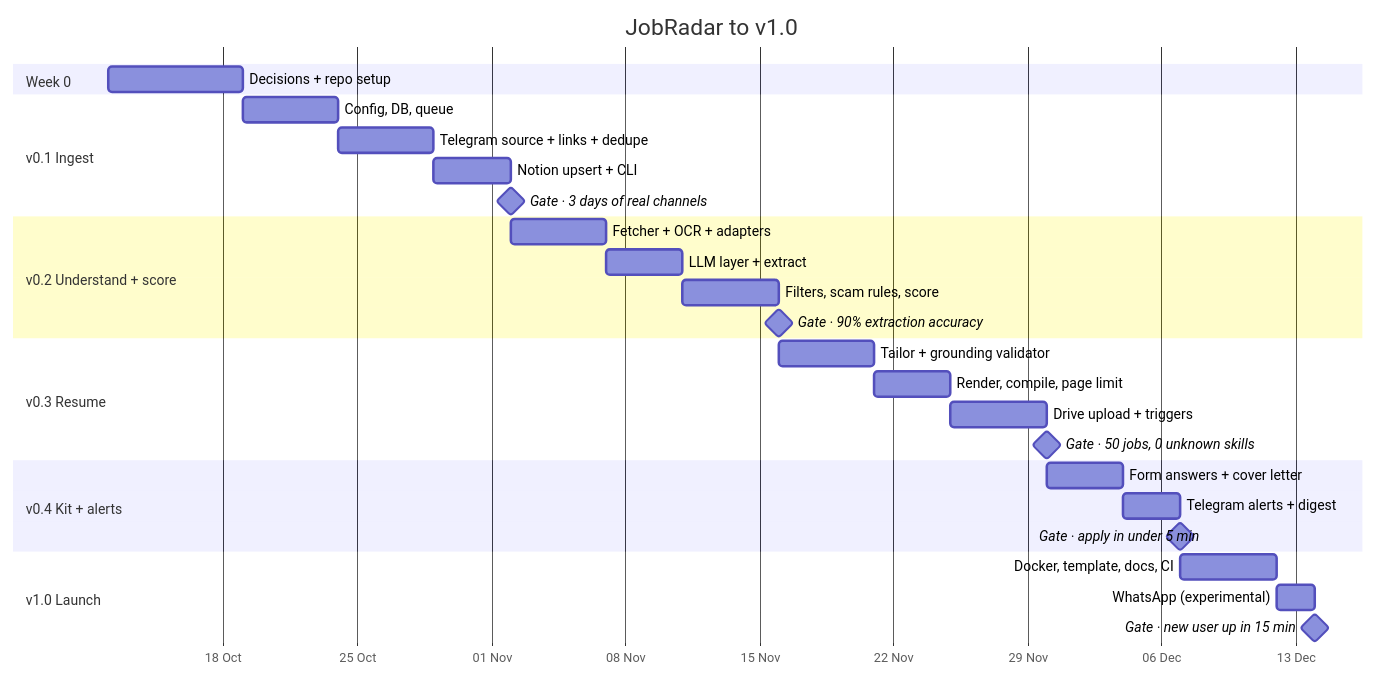
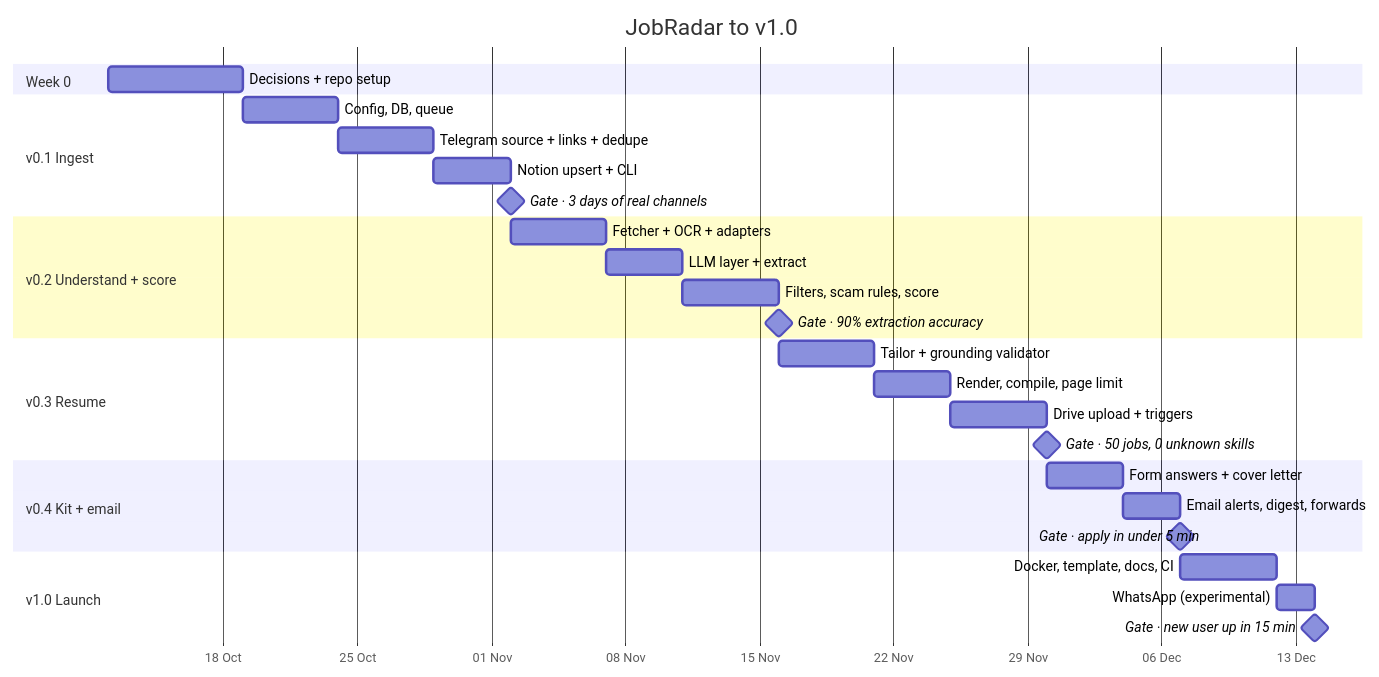
One commit to ThePlator/JobRadar changed the first of 2 diagrams in PLAN.md. Above: the diagram before and after it, drawn with Mermaid. The commit also changed other lines of this file and 13 other files, not shown here.

````diff
--- a/PLAN.md
+++ b/PLAN.md
@@ -9,37 +9,37 @@
 ```mermaid
 gantt
     title JobRadar to v1.0
     dateFormat YYYY-MM-DD
     axisFormat %d %b
 
     section Week 0
     Decisions + repo setup           :w0, 2026-10-12, 7d
 
     section v0.1 Ingest
     Config, DB, queue                :a1, after w0, 5d
     Telegram source + links + dedupe :a2, after a1, 5d
     Notion upsert + CLI              :a3, after a2, 4d
     Gate · 3 days of real channels    :milestone, g1, after a3, 0d
 
     section v0.2 Understand + score
     Fetcher + OCR + adapters         :b1, after a3, 5d
     LLM layer + extract              :b2, after b1, 4d
     Filters, scam rules, score       :b3, after b2, 5d
     Gate · 90% extraction accuracy    :milestone, g2, after b3, 0d
 
     section v0.3 Resume
     Tailor + grounding validator     :c1, after b3, 5d
     Render, compile, page limit      :c2, after c1, 4d
     Drive upload + triggers          :c3, after c2, 5d
     Gate · 50 jobs, 0 unknown skills  :milestone, g3, after c3, 0d
 
-    section v0.4 Kit + alerts
+    section v0.4 Kit + email
     Form answers + cover letter      :d1, after c3, 4d
-    Telegram alerts + digest         :d2, after d1, 3d
+    Email alerts, digest, forwards   :d2, after d1, 3d
     Gate · apply in under 5 min       :milestone, g4, after d2, 0d
 
     section v1.0 Launch
     Docker, template, docs, CI       :e1, after d2, 5d
     WhatsApp (experimental)          :e2, after e1, 2d
     Gate · new user up in 15 min      :milestone, g5, after e2, 0d
 ```
````
